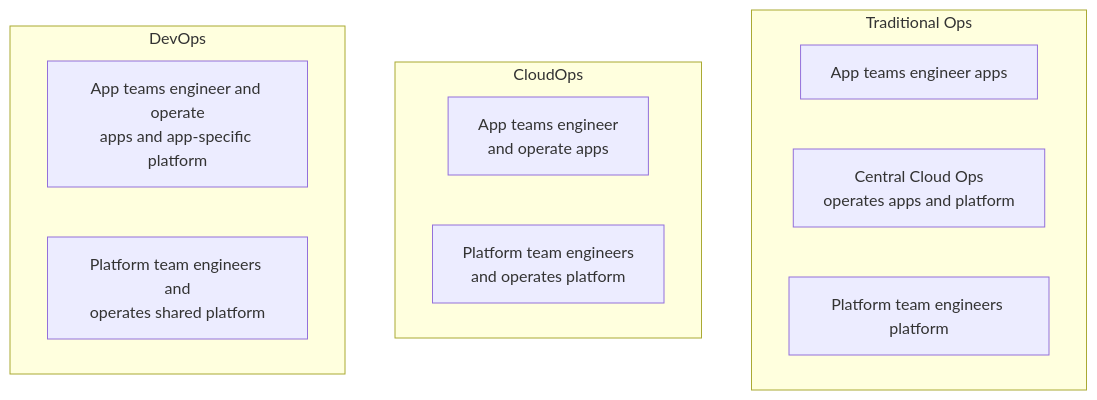
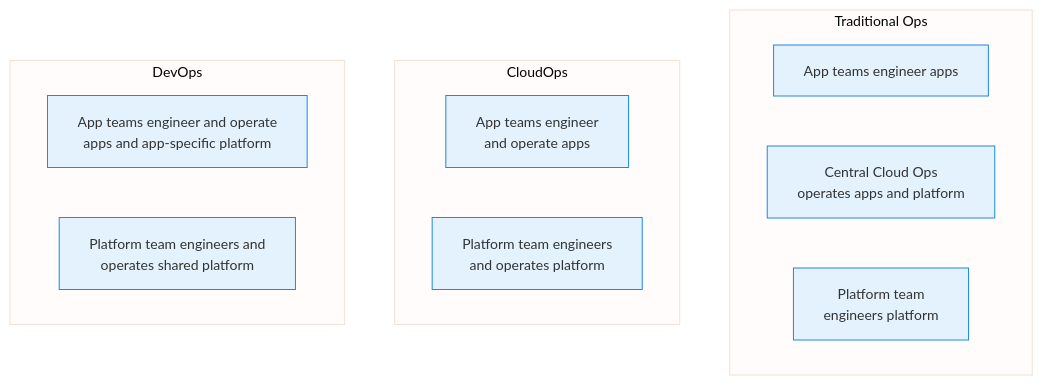
The sixth of 18 diagrams in aws_cloud_technical_essentials_book/13-multi-account-strategies.qmd (senthilkumarm1901/learn_by_blogging), drawn with Mermaid before and after one commit. The commit also changed other lines of this file and 3 other files, not shown here.

Commit message:
updated diagrams, business cases used

````diff
--- a/aws_cloud_technical_essentials_book/13-multi-account-strategies.qmd
+++ b/aws_cloud_technical_essentials_book/13-multi-account-strategies.qmd
@@ -118,16 +146,17 @@
 ```{mermaid}
+%%{init: {'theme': 'base', 'themeVariables': {'primaryColor': '#E3F2FD', 'primaryBorderColor': '#1E88E5', 'lineColor': '#424242', 'fontSize': '14px'}}}%%
 flowchart TD
     subgraph Trad["Traditional Ops"]
         A1["App teams engineer apps"]
         O1["Central Cloud Ops<br>operates apps and platform"]
-        P1["Platform team engineers platform"]
+        P1["Platform team<br>engineers platform"]
     end
     subgraph Cloud["CloudOps"]
         A2["App teams engineer<br>and operate apps"]
         P2["Platform team engineers<br>and operates platform"]
     end
     subgraph Dev["DevOps"]
         A3["App teams engineer and operate<br>apps and app-specific platform"]
         P3["Platform team engineers and<br>operates shared platform"]
     end
 ```
````
